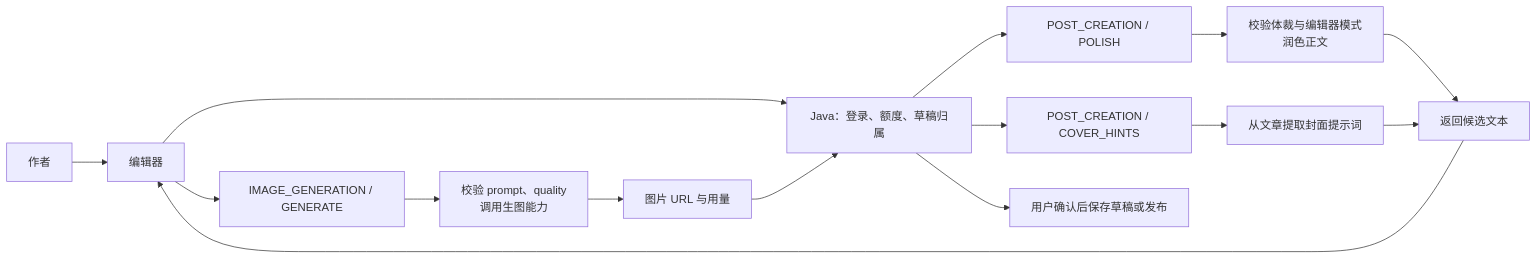
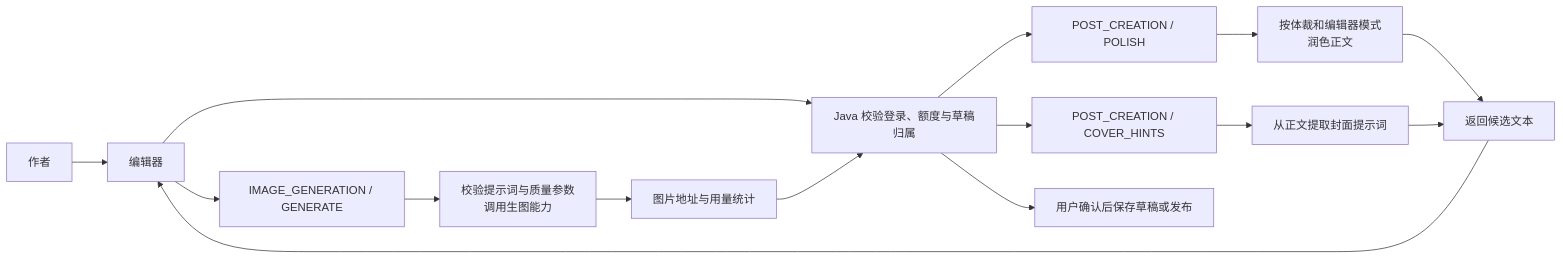
One commit to pluchon/mengmeng_forum changed diagram 11 of 19 in README.md. Above: the diagram before and after it, drawn with Mermaid. The commit also changed other lines of this file, not shown here.

````diff
--- a/README.md
+++ b/README.md
@@ -248,17 +271,17 @@
 ```mermaid
 flowchart LR
   U["作者"] --> E["编辑器"]
-  E --> J["Java：登录、额度、草稿归属"]
+  E --> J["Java 校验登录、额度与草稿归属"]
   J --> P["POST_CREATION / POLISH"]
   J --> C["POST_CREATION / COVER_HINTS"]
-  P --> POLISH["校验体裁与编辑器模式<br/>润色正文"]
-  C --> HINT["从文章提取封面提示词"]
+  P --> POLISH["按体裁和编辑器模式<br/>润色正文"]
+  C --> HINT["从正文提取封面提示词"]
   POLISH --> BACK["返回候选文本"]
   HINT --> BACK
   BACK --> E
   E --> IMG["IMAGE_GENERATION / GENERATE"]
-  IMG --> GEN["校验 prompt、quality<br/>调用生图能力"]
-  GEN --> URL["图片 URL 与用量"]
+  IMG --> GEN["校验提示词与质量参数<br/>调用生图能力"]
+  GEN --> URL["图片地址与用量统计"]
   URL --> J
   J --> SAVE["用户确认后保存草稿或发布"]
 ```
````
